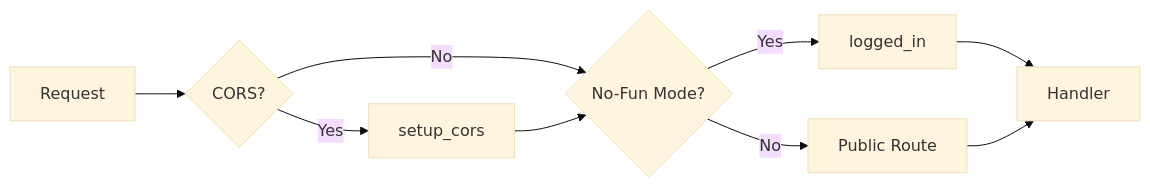
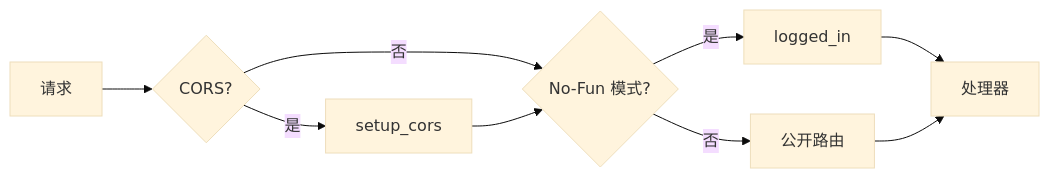
The first of 2 diagrams in docs/zh-CN/02_api.md (OborozukiNoYume/LANraragi), drawn with Mermaid (base theme) before and after one commit. The commit also changed other lines of this file and 17 other files, not shown here.

````diff
--- a/docs/zh-CN/02_api.md
+++ b/docs/zh-CN/02_api.md
@@ -12,11 +11,11 @@
 ```mermaid
 graph LR
-    A[Request] --> B{CORS?}
-    B -->|Yes| C[setup_cors]
-    B -->|No| D{No-Fun Mode?}
+    A[请求] --> B{CORS?}
+    B -->|是| C[setup_cors]
+    B -->|否| D{No-Fun 模式?}
     C --> D
-    D -->|Yes| E[logged_in]
-    D -->|No| F[Public Route]
-    E --> G[Handler]
+    D -->|是| E[logged_in]
+    D -->|否| F[公开路由]
+    E --> G[处理器]
     F --> G
 ```
````
